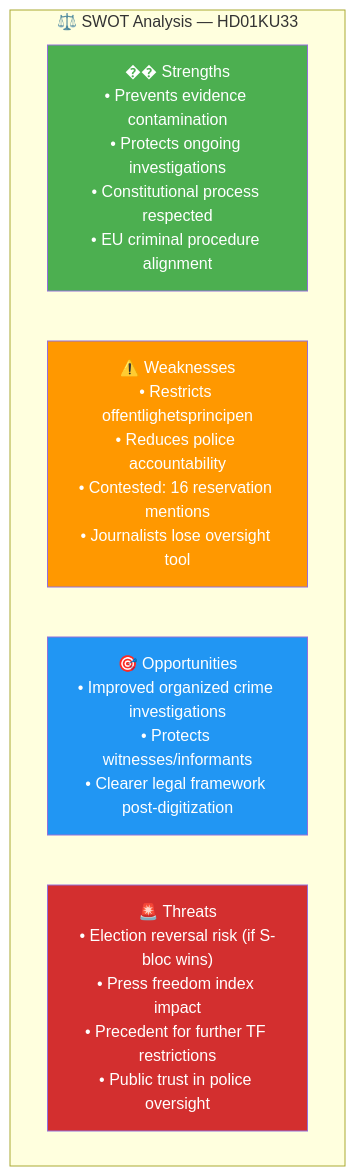
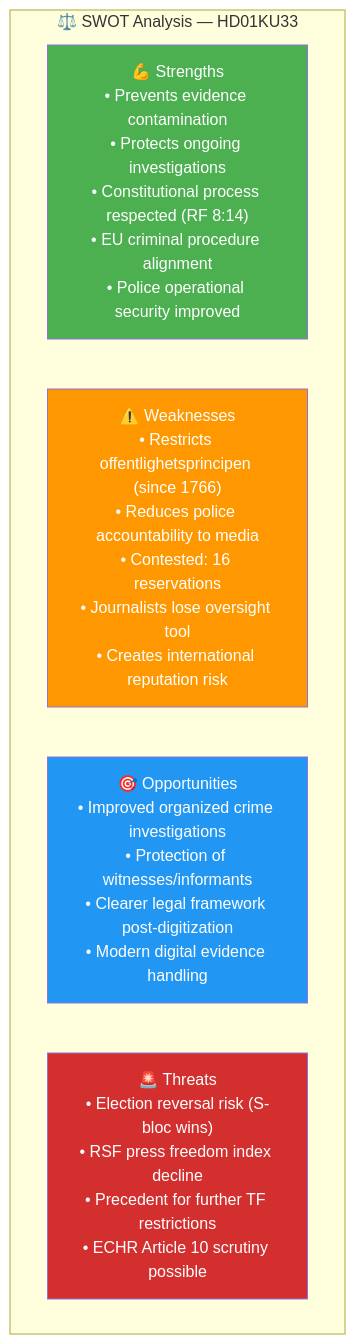
The diagram in analysis/daily/2026-04-20/committeeReports/documents/HD01KU33-analysis.md (Hack23/riksdagsmonitor), drawn with Mermaid before and after one commit. The commit also changed other lines of this file and 14 other files, not shown here.

First line of the commit message:
Deepen synthesis analysis and fix article risk-summary bug

````diff
--- a/analysis/daily/2026-04-20/committeeReports/documents/HD01KU33-analysis.md
+++ b/analysis/daily/2026-04-20/committeeReports/documents/HD01KU33-analysis.md
@@ -49,13 +84,13 @@
 ```mermaid
 graph TD
     subgraph "⚖️ SWOT Analysis — HD01KU33"
-        S["�� Strengths<br/>• Prevents evidence contamination<br/>• Protects ongoing investigations<br/>• Constitutional process respected<br/>• EU criminal procedure alignment"]
-        W["⚠️ Weaknesses<br/>• Restricts offentlighetsprincipen<br/>• Reduces police accountability<br/>• Contested: 16 reservation mentions<br/>• Journalists lose oversight tool"]
-        O["🎯 Opportunities<br/>• Improved organized crime investigations<br/>• Protects witnesses/informants<br/>• Clearer legal framework post-digitization"]
-        T["🚨 Threats<br/>• Election reversal risk (if S-bloc wins)<br/>• Press freedom index impact<br/>• Precedent for further TF restrictions<br/>• Public trust in police oversight"]
+        S["💪 Strengths<br/>• Prevents evidence contamination<br/>• Protects ongoing investigations<br/>• Constitutional process respected (RF 8:14)<br/>• EU criminal procedure alignment<br/>• Police operational security improved"]
+        W["⚠️ Weaknesses<br/>• Restricts offentlighetsprincipen (since 1766)<br/>• Reduces police accountability to media<br/>• Contested: 16 reservations<br/>• Journalists lose oversight tool<br/>• Creates international reputation risk"]
+        O["🎯 Opportunities<br/>• Improved organized crime investigations<br/>• Protection of witnesses/informants<br/>• Clearer legal framework post-digitization<br/>• Modern digital evidence handling"]
+        T["🚨 Threats<br/>• Election reversal risk (S-bloc wins)<br/>• RSF press freedom index decline<br/>• Precedent for further TF restrictions<br/>• ECHR Article 10 scrutiny possible"]
     end
     style S fill:#4CAF50,color:#fff
     style W fill:#FF9800,color:#fff
     style O fill:#2196F3,color:#fff
     style T fill:#D32F2F,color:#fff
 ```
````
